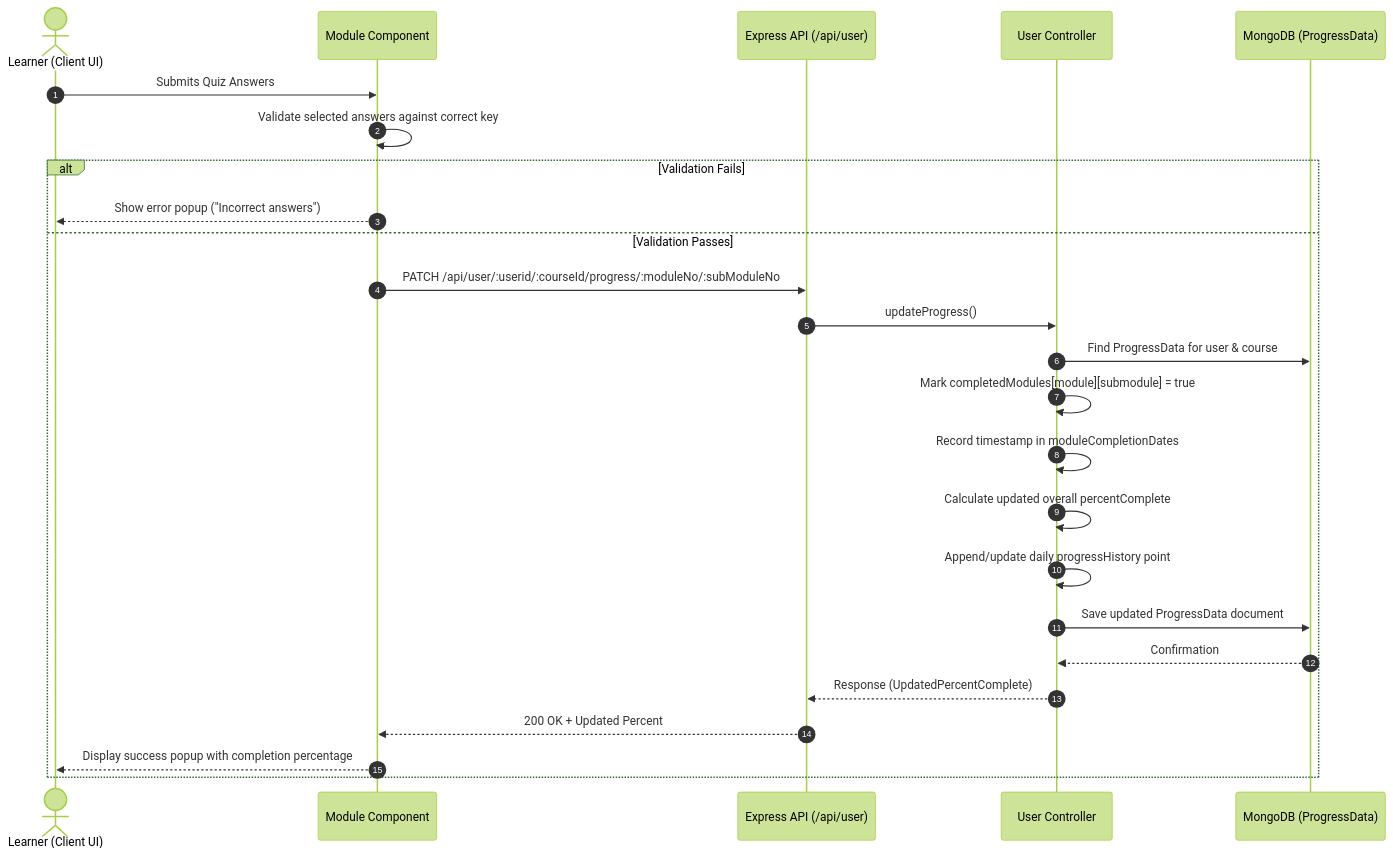
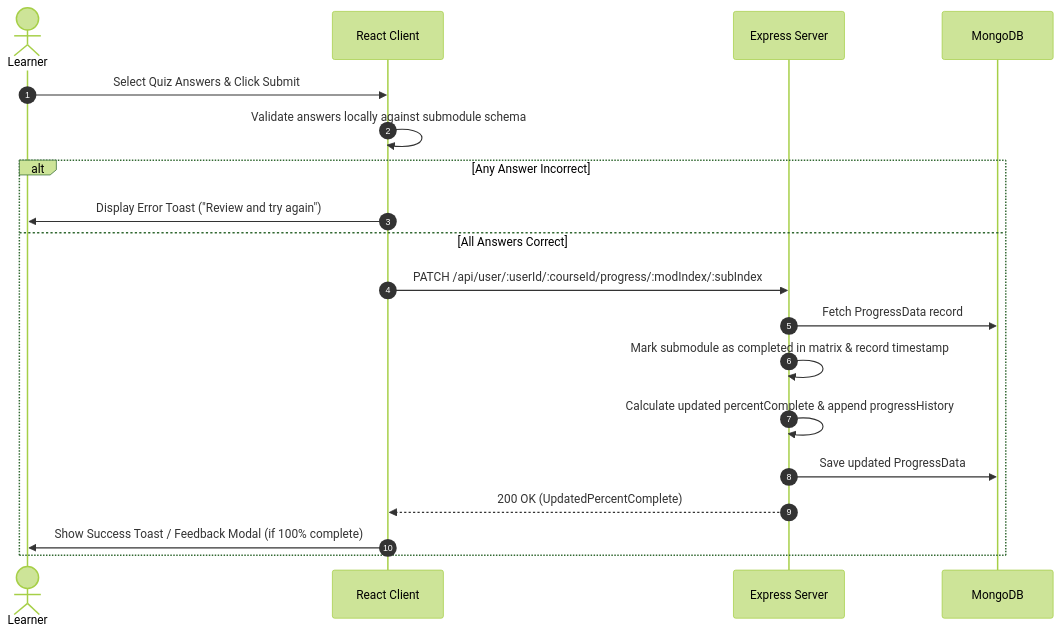
One commit to abdul8704/EduTrack changed the fourth of 4 diagrams in architecture.md. Above: the diagram before and after it, drawn with Mermaid (forest theme). The commit also changed other lines of this file, not shown here.

Commit message:
docs: add system architecture, ERD, data flow diagrams, and API docs

````diff
--- a/architecture.md
+++ b/architecture.md
@@ -256,28 +324,22 @@
 ```mermaid
 sequenceDiagram
     autonumber
-    actor Learner as Learner (Client UI)
-    participant ModuleComp as Module Component
-    participant Router as Express API (/api/user)
-    participant UserCtrl as User Controller
-    participant DB as MongoDB (ProgressData)
+    actor Learner
+    participant Client as React Client
+    participant Server as Express Server
+    participant DB as MongoDB
 
-    Learner->>ModuleComp: Submits Quiz Answers
-    ModuleComp->>ModuleComp: Validate selected answers against correct key
-    alt Validation Fails
-        ModuleComp-->>Learner: Show error popup ("Incorrect answers")
-    else Validation Passes
-        ModuleComp->>Router: PATCH /api/user/:userid/:courseId/progress/:moduleNo/:subModuleNo
-        Router->>UserCtrl: updateProgress()
-        UserCtrl->>DB: Find ProgressData for user & course
-        UserCtrl->>UserCtrl: Mark completedModules[module][submodule] = true
-        UserCtrl->>UserCtrl: Record timestamp in moduleCompletionDates
-        UserCtrl->>UserCtrl: Calculate updated overall percentComplete
-        UserCtrl->>UserCtrl: Append/update daily progressHistory point
-        UserCtrl->>DB: Save updated ProgressData document
-        DB-->>UserCtrl: Confirmation
-        UserCtrl-->>Router: Response (UpdatedPercentComplete)
-        Router-->>ModuleComp: 200 OK + Updated Percent
-        ModuleComp-->>Learner: Display success popup with completion percentage
+    Learner->>Client: Select Quiz Answers & Click Submit
+    Client->>Client: Validate answers locally against submodule schema
+    alt Any Answer Incorrect
+        Client->>Learner: Display Error Toast ("Review and try again")
+    else All Answers Correct
+        Client->>Server: PATCH /api/user/:userId/:courseId/progress/:modIndex/:subIndex
+        Server->>DB: Fetch ProgressData record
+        Server->>Server: Mark submodule as completed in matrix & record timestamp
+        Server->>Server: Calculate updated percentComplete & append progressHistory
+        Server->>DB: Save updated ProgressData
+        Server-->>Client: 200 OK (UpdatedPercentComplete)
+        Client->>Learner: Show Success Toast / Feedback Modal (if 100% complete)
     end
 ```
````
